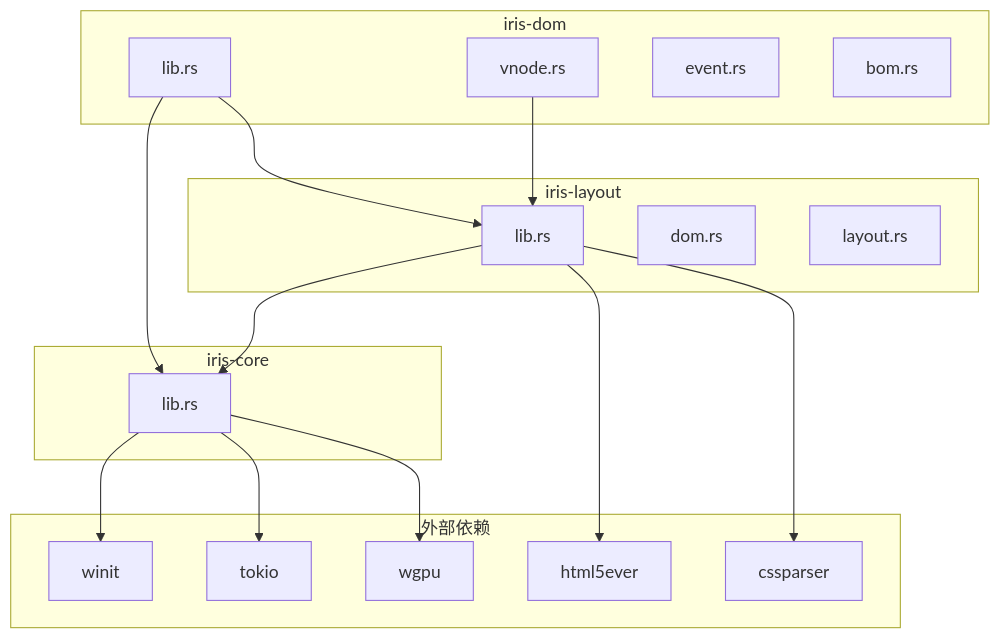
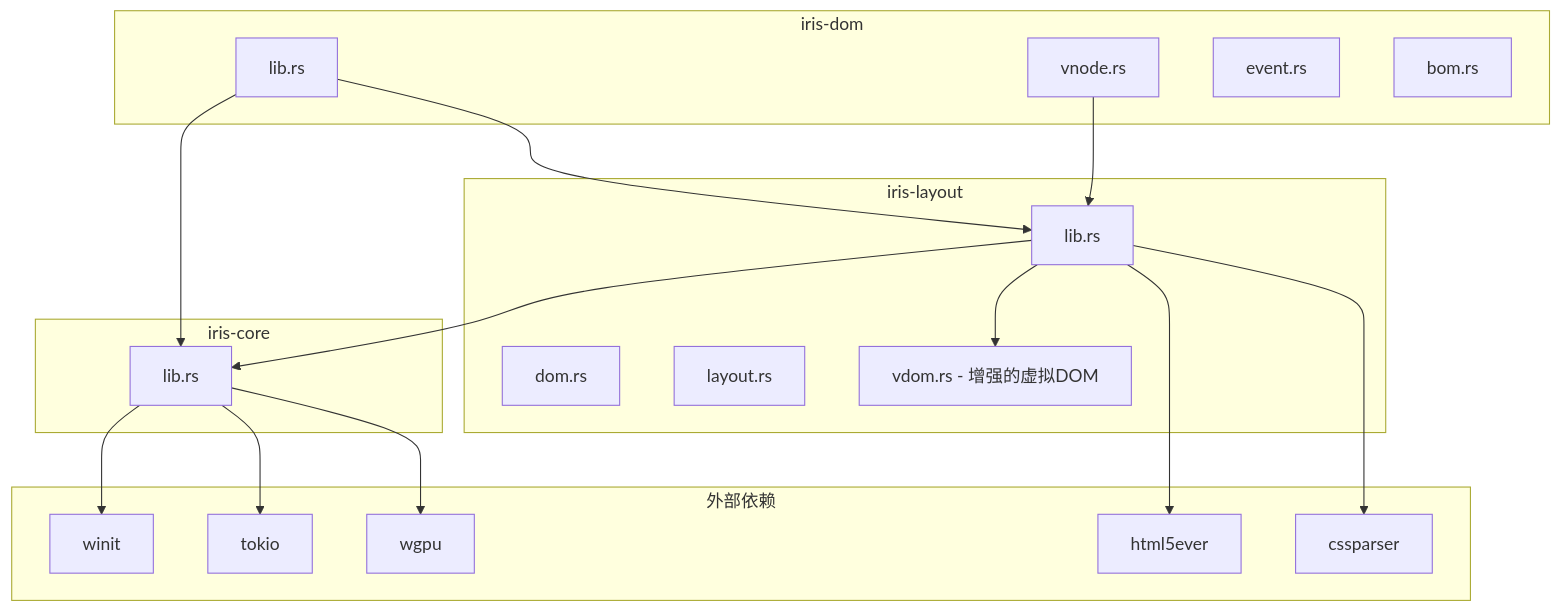
The ninth of 9 diagrams in .qoder/repowiki/zh/content/技术架构详解/跨端抽象层/iris-dom虚拟DOM系统.md (itszzl-sudo/iris), drawn with Mermaid before and after one commit. The commit also changed other lines of this file and 10 other files, not shown here.

````diff
--- a/.qoder/repowiki/zh/content/技术架构详解/跨端抽象层/iris-dom虚拟DOM系统.md
+++ b/.qoder/repowiki/zh/content/技术架构详解/跨端抽象层/iris-dom虚拟DOM系统.md
@@ -437,33 +463,35 @@
 ```mermaid
 graph TB
 subgraph "iris-dom"
 A[lib.rs]
 B[vnode.rs]
 C[event.rs]
 D[bom.rs]
 end
 subgraph "iris-core"
 E[lib.rs]
 end
 subgraph "iris-layout"
 F[lib.rs]
 G[dom.rs]
 H[layout.rs]
+I[vdom.rs - 增强的虚拟DOM]
 end
 A --> E
 A --> F
 B --> F
 F --> E
+F --> I
 subgraph "外部依赖"
-I[winit]
-J[tokio]
-K[wgpu]
-L[html5ever]
-M[cssparser]
+J[winit]
+K[tokio]
+L[wgpu]
+M[html5ever]
+N[cssparser]
 end
-E --> I
 E --> J
 E --> K
-F --> L
+E --> L
 F --> M
+F --> N
 ```
````
